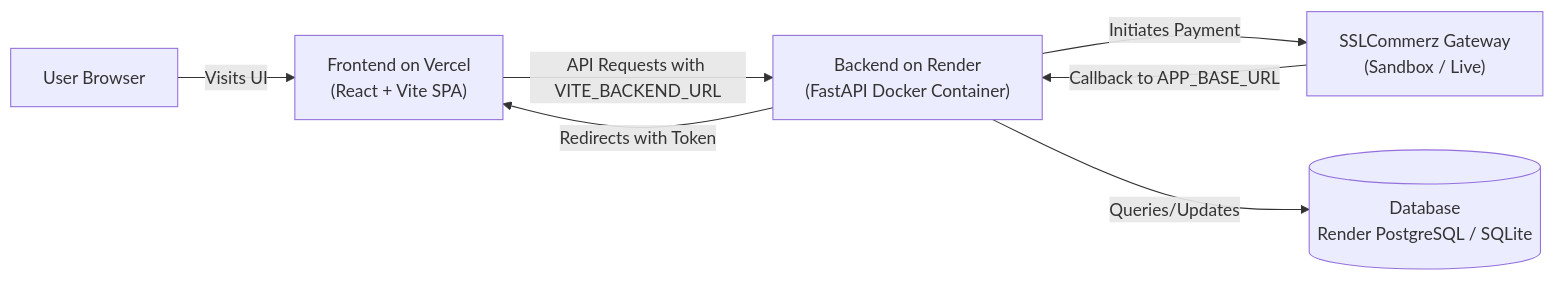
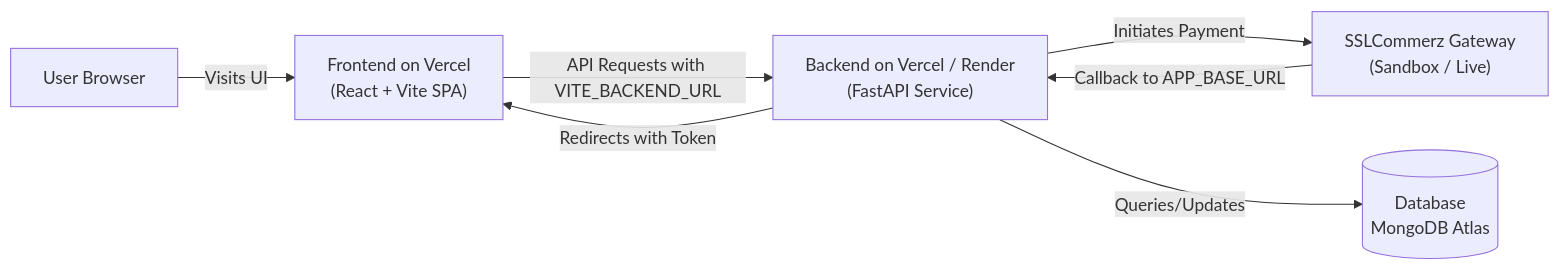
One commit to Shah-Abdul-Mazid/E-Commerce changed the diagram in DEPLOYMENT.md. Above: the diagram before and after it, drawn with Mermaid. The commit also changed other lines of this file and 20 other files, not shown here.

````diff
--- a/DEPLOYMENT.md
+++ b/DEPLOYMENT.md
@@ -11,15 +11,15 @@
 ```mermaid
 flowchart LR
     User[User Browser]
     Vercel["Frontend on Vercel<br/>(React + Vite SPA)"]
-    Render["Backend on Render<br/>(FastAPI Docker Container)"]
+    Render["Backend on Vercel / Render<br/>(FastAPI Service)"]
     SSL["SSLCommerz Gateway<br/>(Sandbox / Live)"]
-    DB[(Database<br/>Render PostgreSQL / SQLite)]
+    DB[(Database<br/>MongoDB Atlas)]
 
     User -->|Visits UI| Vercel
     Vercel -->|API Requests with VITE_BACKEND_URL| Render
     Render -->|Initiates Payment| SSL
     SSL -->|Callback to APP_BASE_URL| Render
     Render -->|Redirects with Token| Vercel
     Render -->|Queries/Updates| DB
 ```
````
